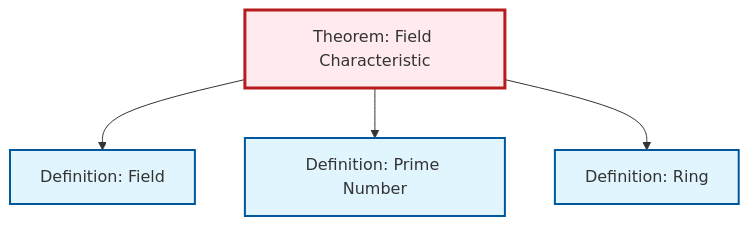
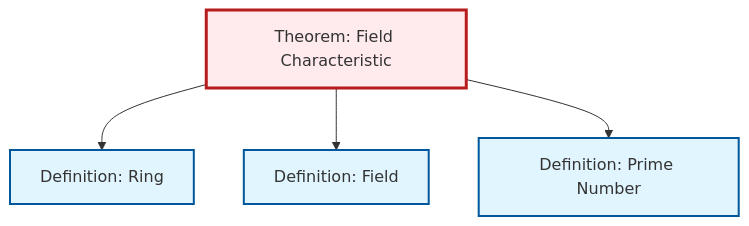
Before and after one commit to RK0429/ModernMath: the diagram in content/en/algebra/thm-field-characteristic.qmd, drawn with Mermaid. The commit also changed other lines of this file and 18 other files, not shown here.

````diff
--- a/content/en/algebra/thm-field-characteristic.qmd
+++ b/content/en/algebra/thm-field-characteristic.qmd
@@ -53,20 +53,20 @@
 ```{mermaid}
 %%| fig-cap: "Local dependency graph"
 graph TD
     classDef definition fill:#e1f5fe,stroke:#01579b,stroke-width:2px
     classDef theorem fill:#f3e5f5,stroke:#4a148c,stroke-width:2px
     classDef axiom fill:#fff3e0,stroke:#e65100,stroke-width:2px
     classDef example fill:#e8f5e9,stroke:#1b5e20,stroke-width:2px
     classDef current fill:#ffebee,stroke:#b71c1c,stroke-width:3px
+    def-field["Definition: Field"]:::definition
     thm-field-characteristic["Theorem: Field Characteristic"]:::theorem
-    def-field["Definition: Field"]:::definition
+    def-ring["Definition: Ring"]:::definition
     def-prime["Definition: Prime Number"]:::definition
-    def-ring["Definition: Ring"]:::definition
+    thm-field-characteristic --> def-ring
     thm-field-characteristic --> def-field
     thm-field-characteristic --> def-prime
-    thm-field-characteristic --> def-ring
     class thm-field-characteristic current
     click def-field "def-field.html" "Go to Field definition"
+    click def-ring "def-ring.html" "Go to Ring definition"
     click def-prime "def-prime.html" "Go to Prime Number definition"
-    click def-ring "def-ring.html" "Go to Ring definition"
 ```
````
